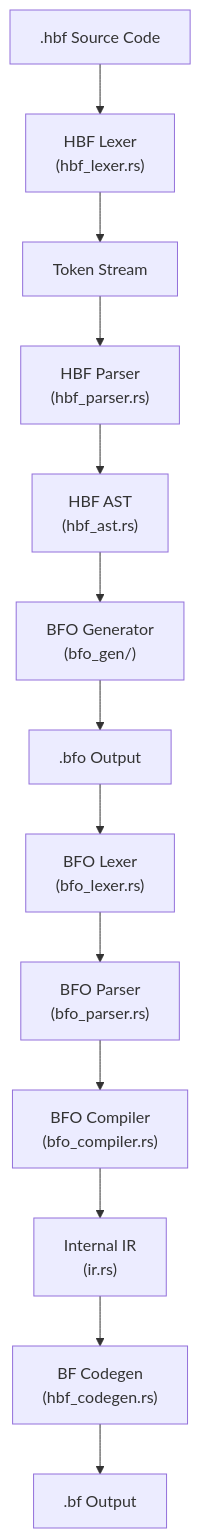
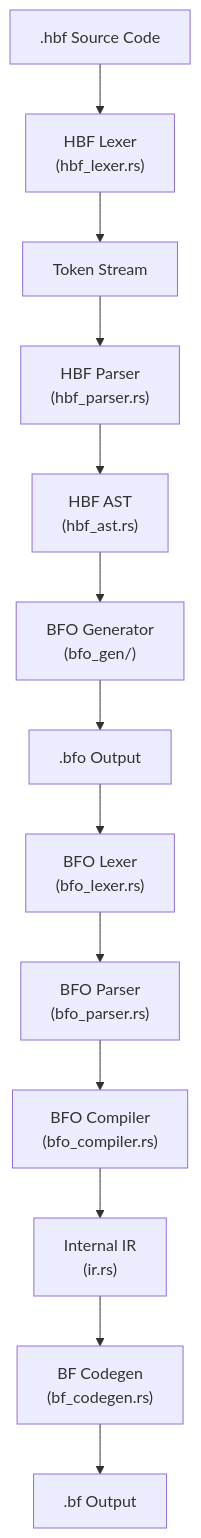
The diagram in docs/compiler_internals.md (Kunta-tech/hbf), drawn with Mermaid before and after one commit. The commit also changed other lines of this file and 8 other files, not shown here.

````diff
--- a/docs/compiler_internals.md
+++ b/docs/compiler_internals.md
@@ -9,15 +9,15 @@
 ```mermaid
 graph TD
     Source[".hbf Source Code"] --> Lexer["HBF Lexer<br/>(hbf_lexer.rs)"]
     Lexer --> Tokens["Token Stream"]
     Tokens --> Parser["HBF Parser<br/>(hbf_parser.rs)"]
     Parser --> AST["HBF AST<br/>(hbf_ast.rs)"]
     AST --> BFOGen["BFO Generator<br/>(bfo_gen/)"]
     BFOGen --> BFO[".bfo Output"]
     BFO --> BFOLexer["BFO Lexer<br/>(bfo_lexer.rs)"]
     BFOLexer --> BFOParser["BFO Parser<br/>(bfo_parser.rs)"]
     BFOParser --> BFOComp["BFO Compiler<br/>(bfo_compiler.rs)"]
     BFOComp --> IR["Internal IR<br/>(ir.rs)"]
-    IR --> Codegen["BF Codegen<br/>(hbf_codegen.rs)"]
+    IR --> Codegen["BF Codegen<br/>(bf_codegen.rs)"]
     Codegen --> BF[".bf Output"]
 ```
````
